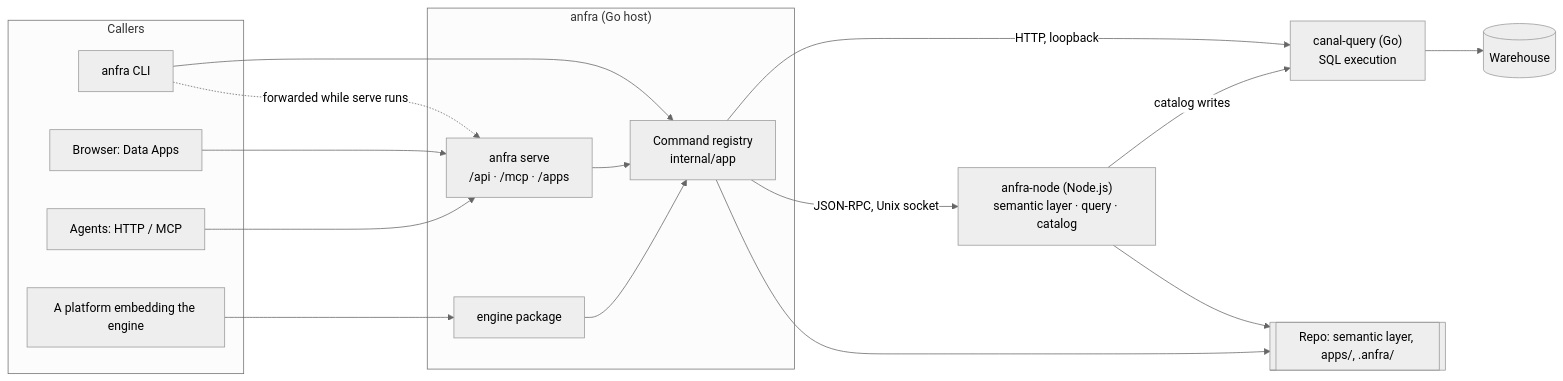
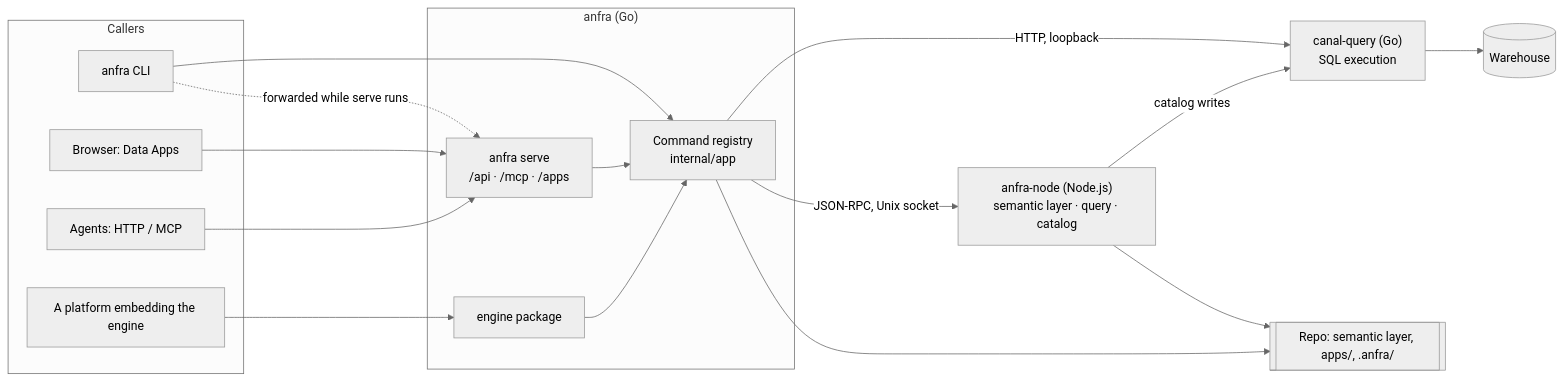
One commit to holistics/anfra changed the diagram in docs/designs/architecture.md. Above: the diagram before and after it, drawn with Mermaid (neutral theme). The commit also changed other lines of this file and 6 other files, not shown here.

````diff
--- a/docs/designs/architecture.md
+++ b/docs/designs/architecture.md
@@ -19,32 +19,32 @@
 ```mermaid
 flowchart LR
   subgraph callers[Callers]
     cli[anfra CLI]
     browser[Browser: Data Apps]
     agent[Agents: HTTP / MCP]
     platform[A platform embedding the engine]
   end
-  subgraph host["anfra (Go host)"]
+  subgraph anfra["anfra (Go)"]
     reg["Command registry<br/>internal/app"]
     serve["anfra serve<br/>/api · /mcp · /apps"]
     engine["engine package"]
   end
   node["anfra-node (Node.js)<br/>semantic layer · query · catalog"]
   canal["canal-query (Go)<br/>SQL execution"]
   wh[(Warehouse)]
   repo[["Repo: semantic layer, apps/, .anfra/"]]
 
   cli --> reg
   cli -. forwarded while serve runs .-> serve
   browser --> serve
   agent --> serve
   platform --> engine
   serve --> reg
   engine --> reg
   reg -->|JSON-RPC, Unix socket| node
   reg -->|HTTP, loopback| canal
   node -->|catalog writes| canal
   canal --> wh
   node --> repo
   reg --> repo
 ```
````
